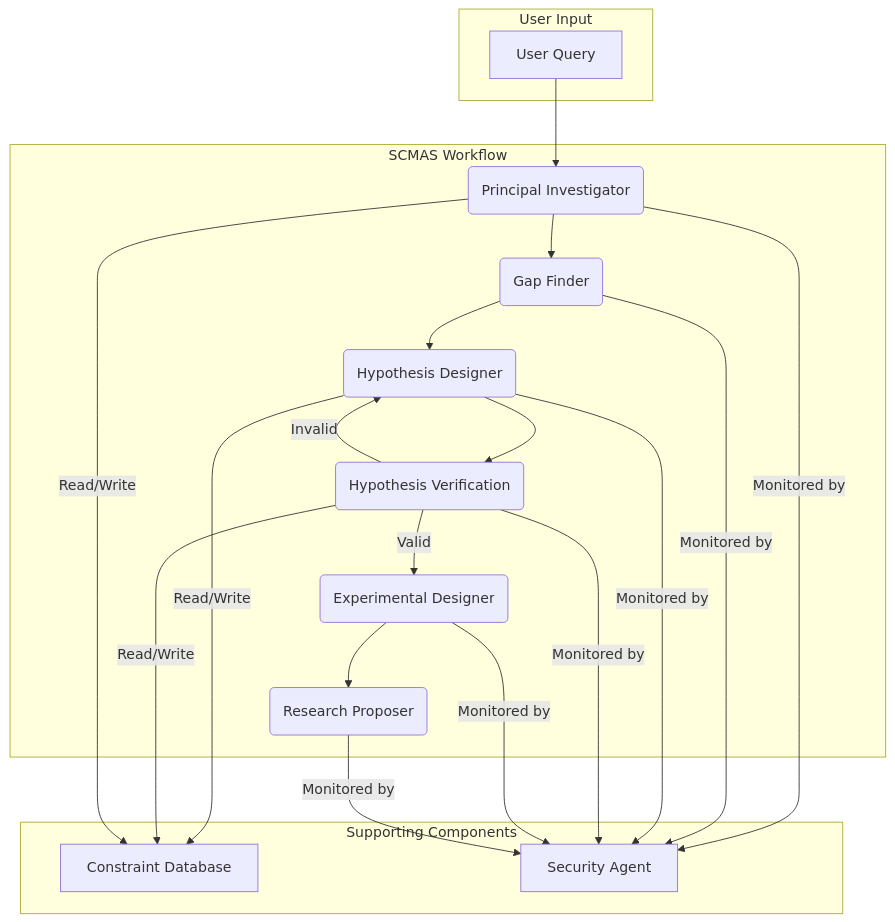
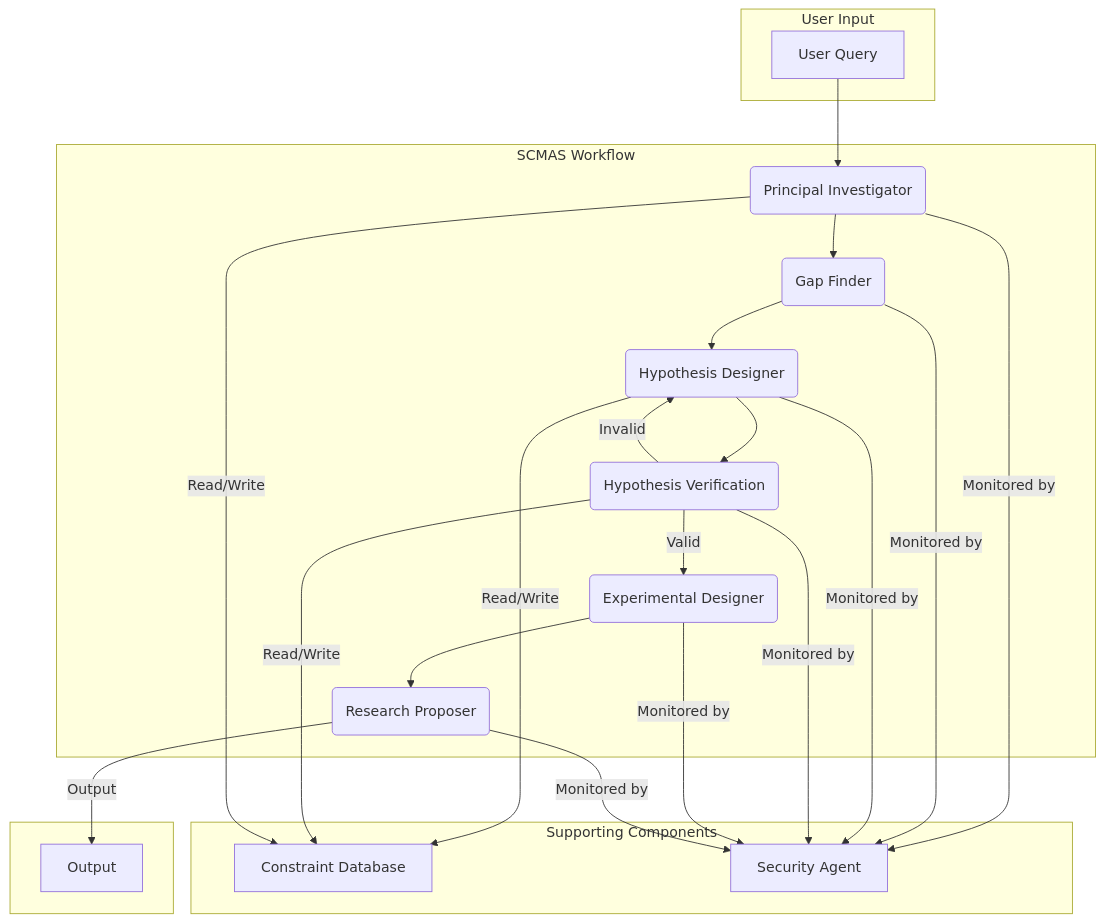
The diagram in README.md (NoahHaag/Kaggle_AI_Vibe_Coding_Capstone), drawn with Mermaid before and after one commit.

Commit message:
Include output node in workflow diagram
Add output node to the workflow diagram in README.

````diff
--- a/README.md
+++ b/README.md
@@ -13,26 +13,31 @@
 ```mermaid
 graph TD
     subgraph "User Input"
         A[User Query]
     end
 
     subgraph "SCMAS Workflow"
         B(Principal Investigator)
         C(Gap Finder)
         D(Hypothesis Designer)
         E(Hypothesis Verification)
         F(Experimental Designer)
         G(Research Proposer)
     end
 
     subgraph "Supporting Components"
         H[Constraint Database]
         I[Security Agent]
     end
 
+    subgraph "" 
+        J[Output]
+    end
+
     A --> B --> C --> D --> E
     E -- Valid --> F --> G
     E -- Invalid --> D
     D & E & B -- Read/Write --> H
     B & C & D & E & F & G -- Monitored by --> I
+    G -- "Output" --> J
 ```
````
